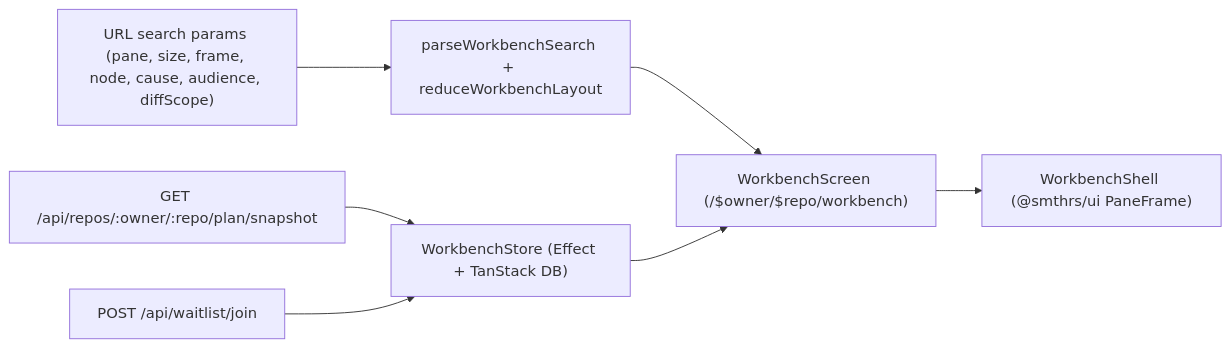
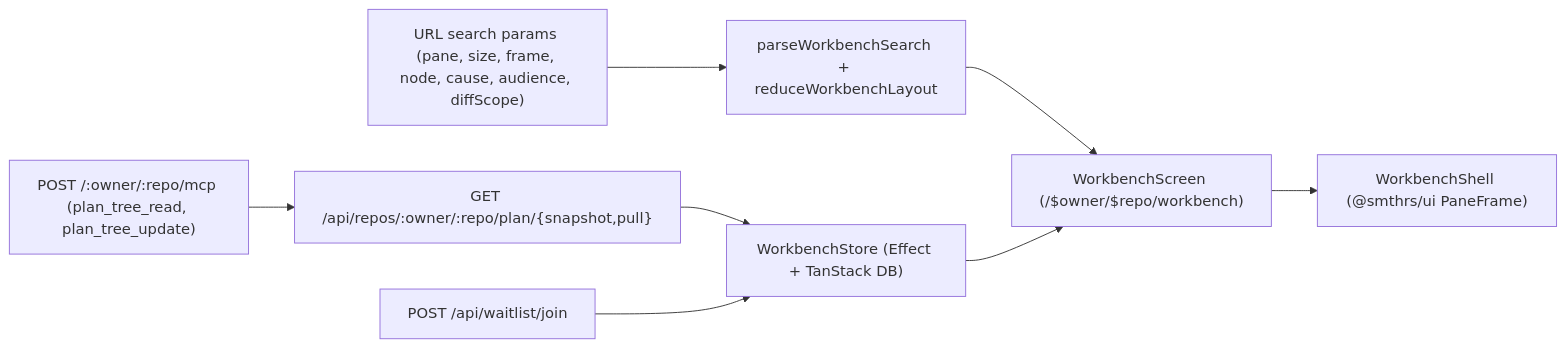
Before and after one commit to smithersai/smithers: the diagram in apps/mvp/docs/features/workbench.md, drawn with Mermaid. The commit also changed other lines of this file and 13 other files, not shown here.

````diff
--- a/apps/mvp/docs/features/workbench.md
+++ b/apps/mvp/docs/features/workbench.md
@@ -5,9 +5,10 @@
 ```mermaid
 flowchart LR
   URL["URL search params (pane, size, frame, node, cause, audience, diffScope)"] --> Layout["parseWorkbenchSearch + reduceWorkbenchLayout"]
-  Shard["GET /api/repos/:owner/:repo/plan/snapshot"] --> Store["WorkbenchStore (Effect + TanStack DB)"]
+  Shard["GET /api/repos/:owner/:repo/plan/{snapshot,pull}"] --> Store["WorkbenchStore (Effect + TanStack DB)"]
+  Mcp["POST /:owner/:repo/mcp (plan_tree_read, plan_tree_update)"] --> Shard
   Waitlist["POST /api/waitlist/join"] --> Store
   Layout --> Screen["WorkbenchScreen (/$owner/$repo/workbench)"]
   Store --> Screen
   Screen --> Shell["WorkbenchShell (@smthrs/ui PaneFrame)"]
 ```
````
